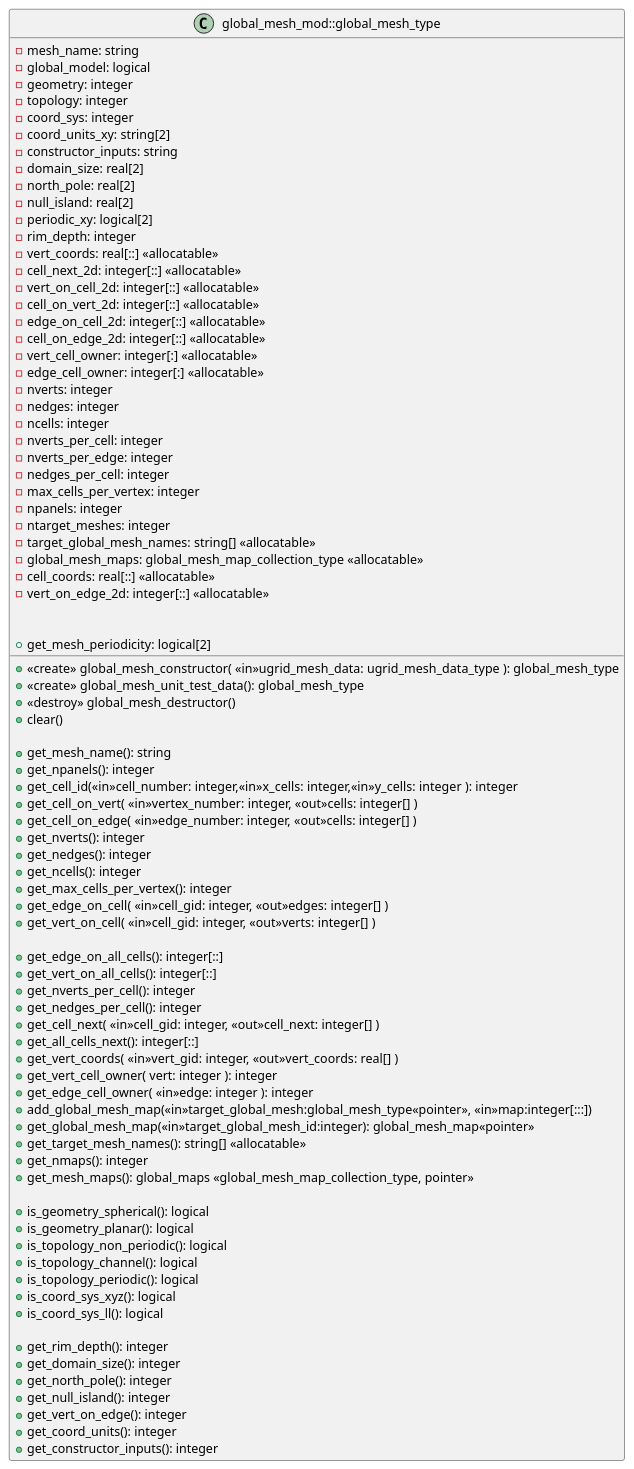
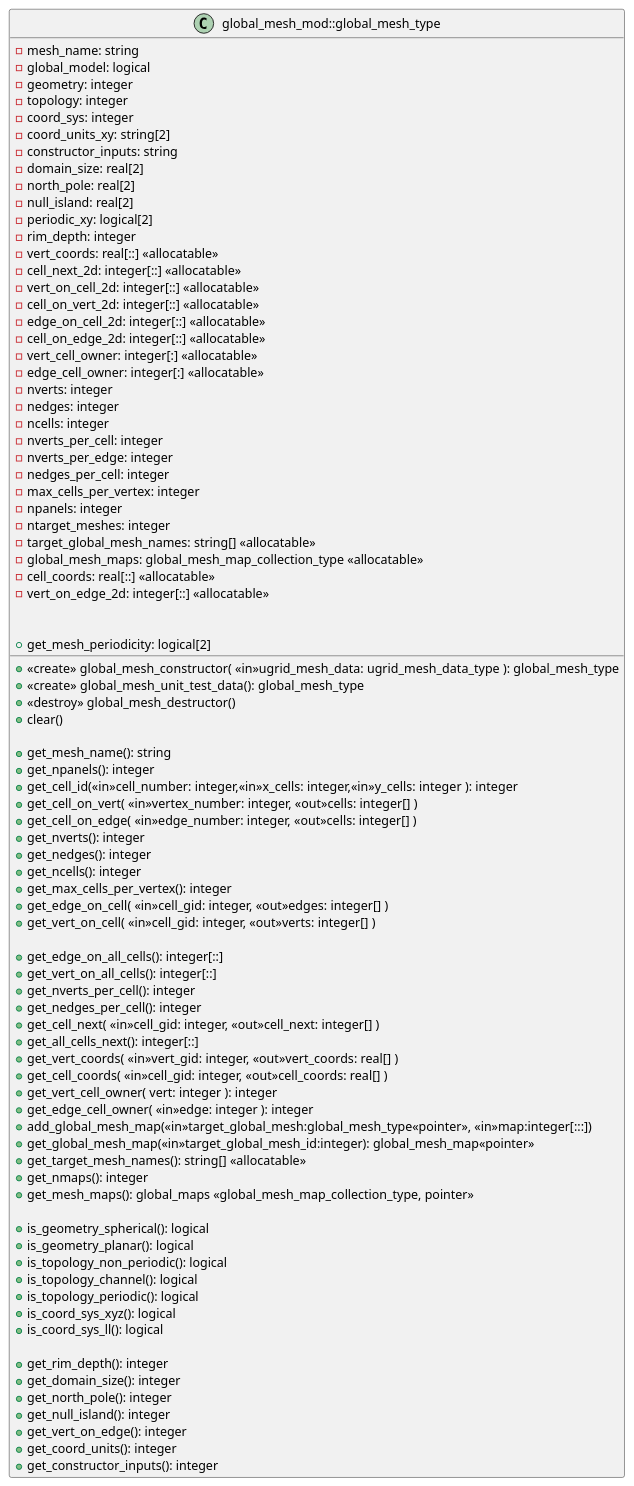
Before and after one commit to stfc/lfric_core: the diagram in infrastructure/documentation/uml/mesh/global_mesh_mod.iuml, drawn with PlantUML. The commit also changed 9 other files, not shown here.

Commit message:
ticket:3697 for Mike Hobson: Provide access to cell-centre coords from the mesh.

```diff
--- a/infrastructure/documentation/uml/mesh/global_mesh_mod.iuml
+++ b/infrastructure/documentation/uml/mesh/global_mesh_mod.iuml
@@ -1,89 +1,90 @@
 ' Copyright (c) 2017,  Met Office, on behalf of HMSO and Queen's Printer
 ' For further details please refer to the file LICENCE.original which you
 ' should have received as part of this distribution.
 
 class global_mesh_mod::global_mesh_type {
   -mesh_name: string
   -global_model: logical
   -geometry: integer
   -topology: integer
   -coord_sys: integer
   -coord_units_xy: string[2]
   -constructor_inputs: string
   -domain_size: real[2]
   -north_pole: real[2]
   -null_island: real[2]
   -periodic_xy: logical[2]
   -rim_depth: integer
   -vert_coords: real[::] <<allocatable>>
   -cell_next_2d: integer[::] <<allocatable>>
   -vert_on_cell_2d: integer[::] <<allocatable>>
   -cell_on_vert_2d: integer[::] <<allocatable>>
   -edge_on_cell_2d: integer[::] <<allocatable>>
   -cell_on_edge_2d: integer[::] <<allocatable>>
   -vert_cell_owner: integer[:] <<allocatable>>
   -edge_cell_owner: integer[:] <<allocatable>>
   -nverts: integer
   -nedges: integer
   -ncells: integer
   -nverts_per_cell: integer
   -nverts_per_edge: integer
   -nedges_per_cell: integer
   -max_cells_per_vertex: integer
   -npanels: integer
   -ntarget_meshes: integer
   -target_global_mesh_names: string[] <<allocatable>>
   -global_mesh_maps: global_mesh_map_collection_type <<allocatable>>
   -cell_coords: real[::] <<allocatable>>
   -vert_on_edge_2d: integer[::] <<allocatable>>
 
   +<<create>>  global_mesh_constructor( <<in>>ugrid_mesh_data: ugrid_mesh_data_type ): global_mesh_type
   +<<create>>  global_mesh_unit_test_data(): global_mesh_type
   +<<destroy>> global_mesh_destructor()
   +clear()
 
   +get_mesh_name(): string
   +get_npanels(): integer
   +get_mesh_periodicity: logical[2]
   +get_cell_id(<<in>>cell_number: integer,<<in>>x_cells: integer,<<in>>y_cells: integer ): integer
   +get_cell_on_vert( <<in>>vertex_number: integer, <<out>>cells: integer[] )
   +get_cell_on_edge( <<in>>edge_number: integer, <<out>>cells: integer[] )
   +get_nverts(): integer
   +get_nedges(): integer
   +get_ncells(): integer
   +get_max_cells_per_vertex(): integer
   +get_edge_on_cell( <<in>>cell_gid: integer, <<out>>edges: integer[] )
   +get_vert_on_cell( <<in>>cell_gid: integer, <<out>>verts: integer[] )
 
   +get_edge_on_all_cells(): integer[::]
   +get_vert_on_all_cells(): integer[::]
   +get_nverts_per_cell(): integer
   +get_nedges_per_cell(): integer
   +get_cell_next( <<in>>cell_gid: integer, <<out>>cell_next: integer[] )
   +get_all_cells_next(): integer[::]
   +get_vert_coords( <<in>>vert_gid: integer, <<out>>vert_coords: real[] )
+  +get_cell_coords( <<in>>cell_gid: integer, <<out>>cell_coords: real[] )
   +get_vert_cell_owner( vert: integer ): integer
   +get_edge_cell_owner( <<in>>edge: integer ): integer
   +add_global_mesh_map(<<in>>target_global_mesh:global_mesh_type<<pointer>>, <<in>>map:integer[:::])
   +get_global_mesh_map(<<in>>target_global_mesh_id:integer): global_mesh_map<<pointer>>
   +get_target_mesh_names(): string[] <<allocatable>>
   +get_nmaps(): integer
   +get_mesh_maps(): global_maps <<global_mesh_map_collection_type, pointer>>
 
   +is_geometry_spherical(): logical
   +is_geometry_planar(): logical
   +is_topology_non_periodic(): logical
   +is_topology_channel(): logical
   +is_topology_periodic(): logical
   +is_coord_sys_xyz(): logical
   +is_coord_sys_ll(): logical
 
   +get_rim_depth(): integer
   +get_domain_size(): integer
   +get_north_pole(): integer
   +get_null_island(): integer
   +get_vert_on_edge(): integer
   +get_coord_units(): integer
   +get_constructor_inputs(): integer
 
 }
```
